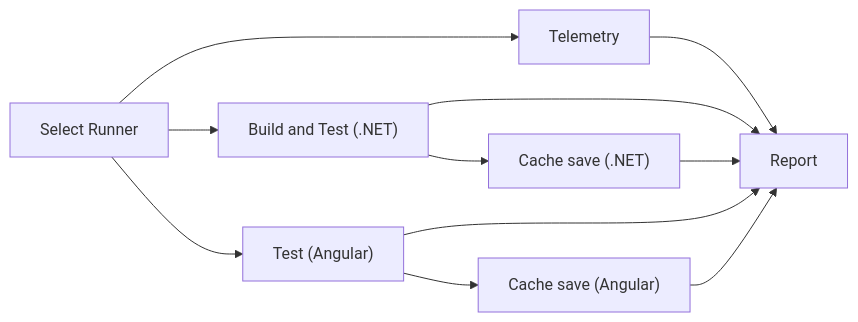
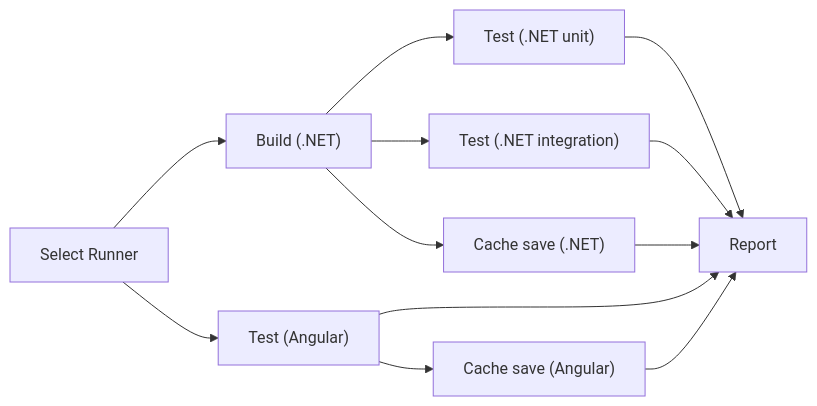
Before and after one commit to ugritchaichana/booth-homelab: the second of 2 diagrams in wiki/04-SDET-Transitive-Affected-Testing.md, drawn with Mermaid. The commit also changed other lines of this file and 6 other files, not shown here.

First line of the commit message:
docs: record one runner per test kind (ADR 0066) and the two guest defects

````diff
--- a/wiki/04-SDET-Transitive-Affected-Testing.md
+++ b/wiki/04-SDET-Transitive-Affected-Testing.md
@@ -42,7 +42,7 @@
 ```mermaid
 graph LR
-    S["Select Runner"] --> T["Telemetry"] & D["Build and Test (.NET)"] & A["Test (Angular)"]
-    D --> CS["Cache save (.NET)"]
+    S["Select Runner"] --> D["Build (.NET)"] & A["Test (Angular)"]
+    D --> U["Test (.NET unit)"] & I["Test (.NET integration)"] & CS["Cache save (.NET)"]
     A --> AS["Cache save (Angular)"]
-    T & D & CS & A & AS --> R["Report"]
+    U & I & CS & A & AS --> R["Report"]
 ```
````
